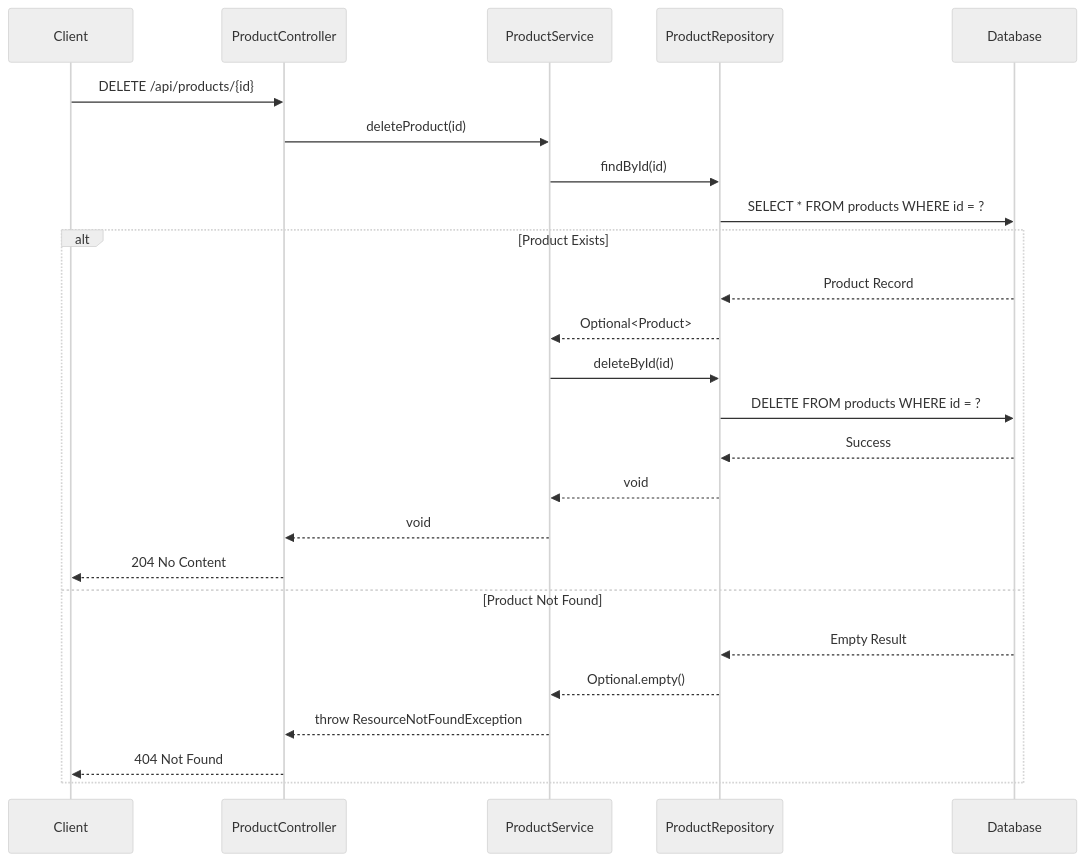
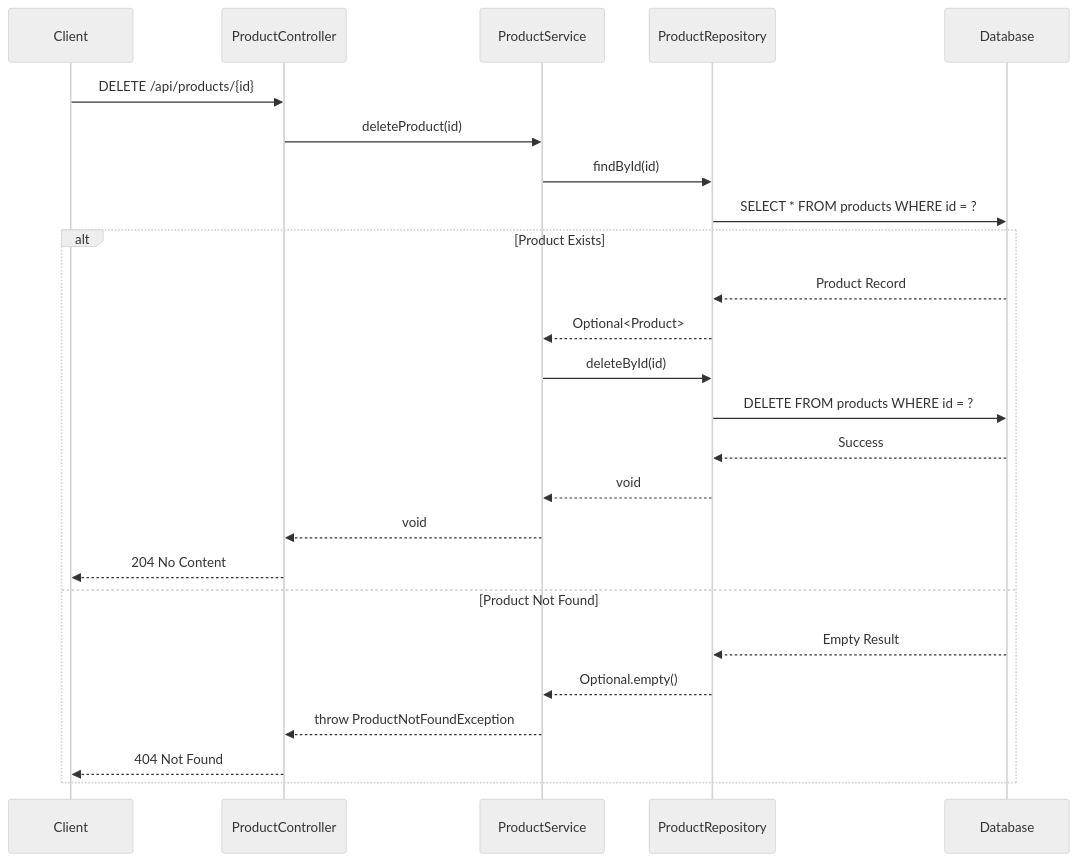
The seventh of 13 diagrams in docs/LLD/lld.md (NavneetBN47/aava-ecom-demo), drawn with Mermaid (neutral theme) before and after one commit. The commit also changed other lines of this file, not shown here.

````diff
--- a/docs/LLD/lld.md
+++ b/docs/LLD/lld.md
@@ -319,29 +351,29 @@
 ```mermaid
 sequenceDiagram
     participant Client
     participant ProductController
     participant ProductService
     participant ProductRepository
     participant Database
 
     Client->>ProductController: DELETE /api/products/{id}
     ProductController->>ProductService: deleteProduct(id)
     ProductService->>ProductRepository: findById(id)
     ProductRepository->>Database: SELECT * FROM products WHERE id = ?
     
     alt Product Exists
         Database-->>ProductRepository: Product Record
         ProductRepository-->>ProductService: Optional<Product>
         ProductService->>ProductRepository: deleteById(id)
         ProductRepository->>Database: DELETE FROM products WHERE id = ?
         Database-->>ProductRepository: Success
         ProductRepository-->>ProductService: void
         ProductService-->>ProductController: void
         ProductController-->>Client: 204 No Content
     else Product Not Found
         Database-->>ProductRepository: Empty Result
         ProductRepository-->>ProductService: Optional.empty()
-        ProductService-->>ProductController: throw ResourceNotFoundException
+        ProductService-->>ProductController: throw ProductNotFoundException
         ProductController-->>Client: 404 Not Found
     end
 ```
````
